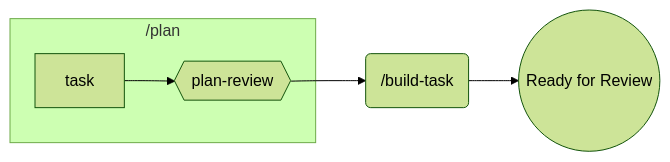
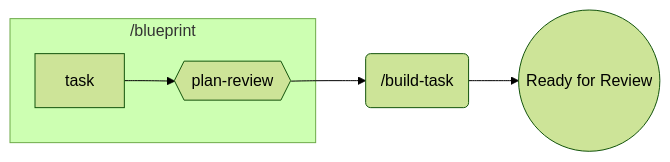
One commit to majesticlabs-dev/majestic-marketplace changed the second of 3 diagrams in plugins/majestic-engineer/README.md. Above: the diagram before and after it, drawn with Mermaid (forest theme). The commit also changed other lines of this file and 14 other files, not shown here.

First line of the commit message:
feat(majestic-engineer): rename plan commands to blueprint to avoid semantic collision

````diff
--- a/plugins/majestic-engineer/README.md
+++ b/plugins/majestic-engineer/README.md
@@ -54,9 +54,9 @@
 ```mermaid
 graph LR
-    subgraph "/plan"
+    subgraph "/blueprint"
         PL[task] --> PR{{plan-review}}
     end
 
     PR --> BT(/build-task)
     BT --> Done((Ready for Review))
 ```
````
